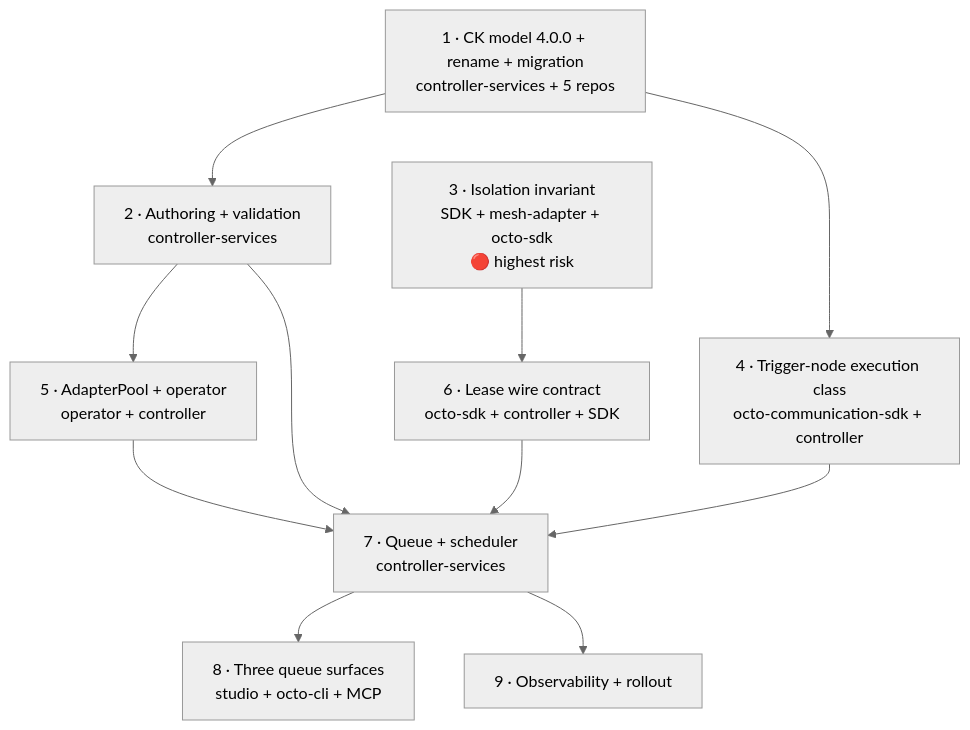
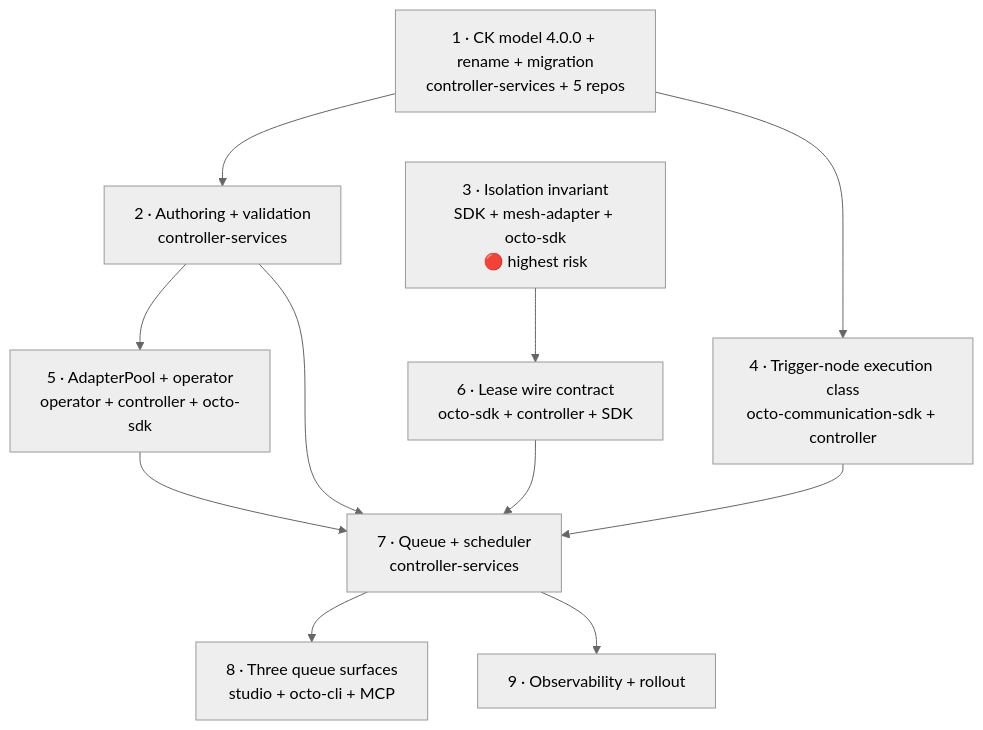
The diagram in docs/concepts/shared-adapter-leasing-implementation.md (meshmakers/octo-communication-controller-services), drawn with Mermaid (neutral theme) before and after one commit. The commit also changed other lines of this file and 18 other files, not shown here.

````diff
--- a/docs/concepts/shared-adapter-leasing-implementation.md
+++ b/docs/concepts/shared-adapter-leasing-implementation.md
@@ -47,22 +48,22 @@
 ```mermaid
 graph TD
     I1["1 · CK model 4.0.0 + rename + migration<br/>controller-services + 5 repos"]
     I2["2 · Authoring + validation<br/>controller-services"]
     I3["3 · Isolation invariant<br/>SDK + mesh-adapter + octo-sdk<br/>🔴 highest risk"]
     I4["4 · Trigger-node execution class<br/>octo-communication-sdk + controller"]
-    I5["5 · AdapterPool + operator<br/>operator + controller"]
+    I5["5 · AdapterPool + operator<br/>operator + controller + octo-sdk"]
     I6["6 · Lease wire contract<br/>octo-sdk + controller + SDK"]
     I7["7 · Queue + scheduler<br/>controller-services"]
     I8["8 · Three queue surfaces<br/>studio + octo-cli + MCP"]
     I9["9 · Observability + rollout"]
     I1 --> I2
     I1 --> I4
     I2 --> I5
     I2 --> I7
     I3 --> I6
     I4 --> I7
     I5 --> I7
     I6 --> I7
     I7 --> I8
     I7 --> I9
 ```
````
